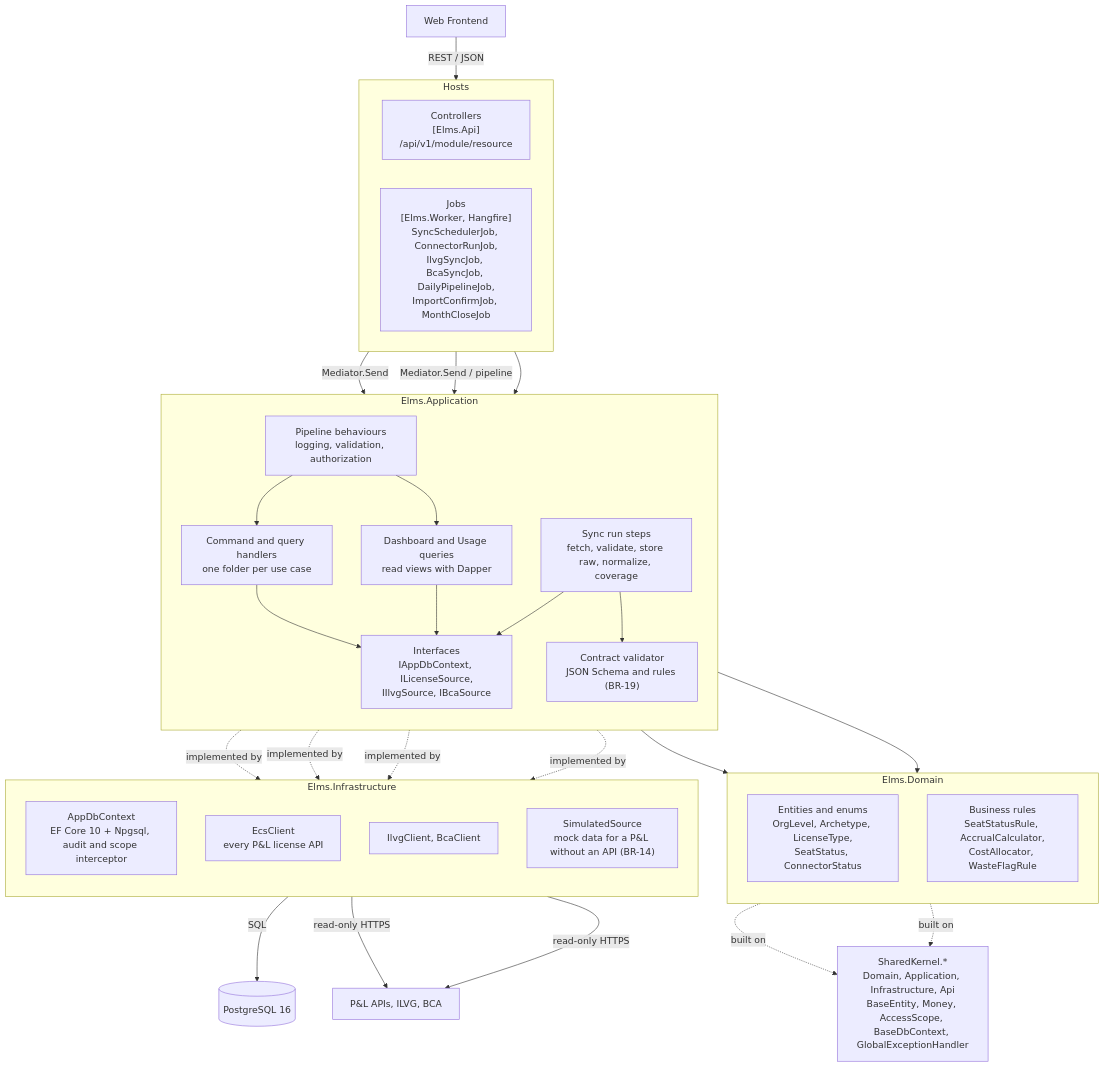
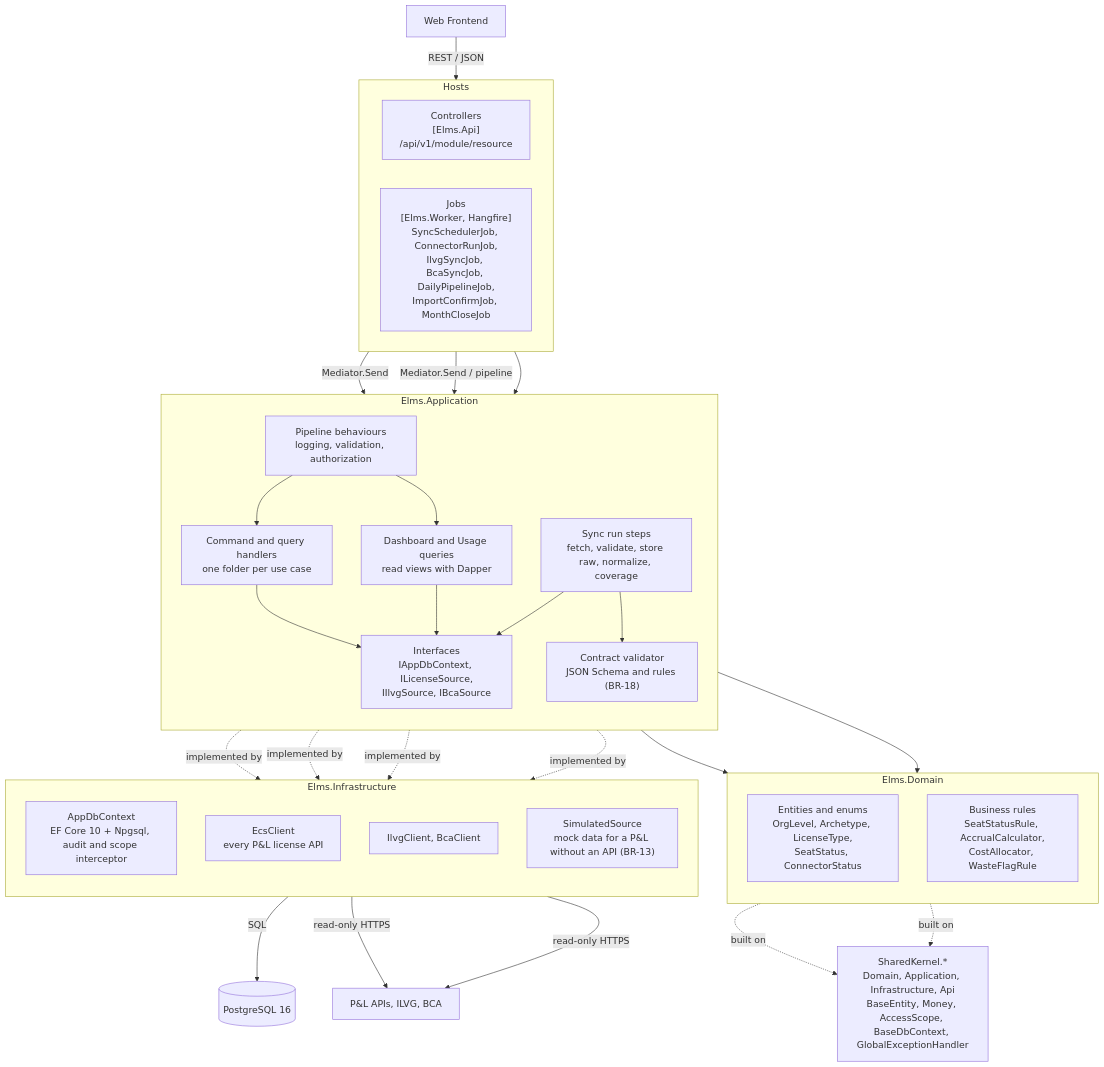
Before and after one commit to cuonglpv/VFast: the third of 7 diagrams in docs/07-c4-architecture.md, drawn with Mermaid. The commit also changed other lines of this file and 25 other files, not shown here.

````diff
--- a/docs/07-c4-architecture.md
+++ b/docs/07-c4-architecture.md
@@ -157,60 +157,60 @@
 ```mermaid
 flowchart TB
     spa["Web Frontend"]
     db[("PostgreSQL 16")]
     sources["P&L APIs, ILVG, BCA"]
 
     subgraph hosts["Hosts"]
         direction LR
         ctrl["Controllers<br/>[Elms.Api]<br/>/api/v1/module/resource"]
         jobs["Jobs<br/>[Elms.Worker, Hangfire]<br/>SyncSchedulerJob, ConnectorRunJob,<br/>IlvgSyncJob, BcaSyncJob, DailyPipelineJob,<br/>ImportConfirmJob, MonthCloseJob"]
     end
 
     subgraph app["Elms.Application"]
         direction TB
         pipe["Pipeline behaviours<br/>logging, validation, authorization"]
         handlers["Command and query handlers<br/>one folder per use case"]
         analytics["Dashboard and Usage queries<br/>read views with Dapper"]
         ingest["Sync run steps<br/>fetch, validate, store raw, normalize, coverage"]
-        ecsval["Contract validator<br/>JSON Schema and rules (BR-19)"]
+        ecsval["Contract validator<br/>JSON Schema and rules (BR-18)"]
         ifaces["Interfaces<br/>IAppDbContext, ILicenseSource,<br/>IIlvgSource, IBcaSource"]
     end
 
     subgraph domain["Elms.Domain"]
         direction TB
         entities["Entities and enums<br/>OrgLevel, Archetype, LicenseType,<br/>SeatStatus, ConnectorStatus"]
         rules["Business rules<br/>SeatStatusRule, AccrualCalculator,<br/>CostAllocator, WasteFlagRule"]
     end
 
     subgraph infra["Elms.Infrastructure"]
         direction TB
         efctx["AppDbContext<br/>EF Core 10 + Npgsql, audit and scope interceptor"]
         ecshttp["EcsClient<br/>every P&L license API"]
         hr["IlvgClient, BcaClient"]
-        sim["SimulatedSource<br/>mock data for a P&L without an API (BR-14)"]
+        sim["SimulatedSource<br/>mock data for a P&L without an API (BR-13)"]
     end
 
     kernel["SharedKernel.*<br/>Domain, Application, Infrastructure, Api<br/>BaseEntity, Money, AccessScope, BaseDbContext, GlobalExceptionHandler"]
 
     spa -- "REST / JSON" --> ctrl
     ctrl -- "Mediator.Send" --> pipe
     jobs -- "Mediator.Send / pipeline" --> pipe
     jobs --> ingest
     pipe --> handlers
     pipe --> analytics
     handlers --> rules
     handlers --> entities
     handlers --> ifaces
     analytics --> ifaces
     ingest --> ifaces
     ingest --> ecsval
     ifaces -. "implemented by" .-> efctx
     ifaces -. "implemented by" .-> ecshttp
     ifaces -. "implemented by" .-> hr
     ifaces -. "implemented by" .-> sim
     efctx -- "SQL" --> db
     ecshttp -- "read-only HTTPS" --> sources
     hr -- "read-only HTTPS" --> sources
     entities -. "built on" .-> kernel
     rules -. "built on" .-> kernel
 ```
````
